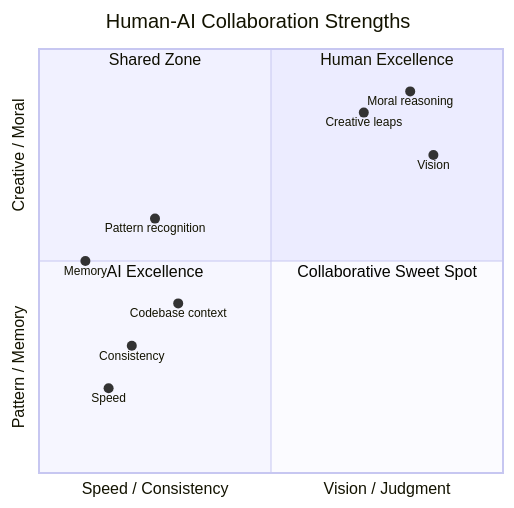
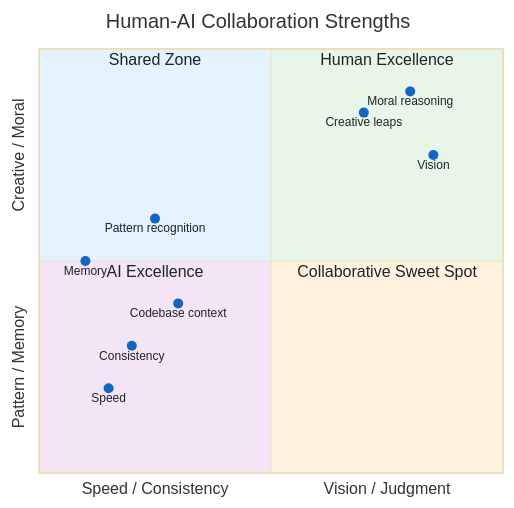
One commit to fabioc-aloha/Alex_Plug_In changed diagram 11 of 17 in alex_docs/AI-ASSISTED-DEVELOPMENT-METHODOLOGY.md. Above: the diagram before and after it, drawn with Mermaid. The commit also changed other lines of this file, not shown here.

First line of the commit message:
style: polish Mermaid diagrams with GitHub-compatible color scheme

````diff
--- a/alex_docs/AI-ASSISTED-DEVELOPMENT-METHODOLOGY.md
+++ b/alex_docs/AI-ASSISTED-DEVELOPMENT-METHODOLOGY.md
@@ -552,18 +553,19 @@
 ```mermaid
+%%{init: {'theme': 'base', 'themeVariables': { 'quadrant1Fill': '#e8f5e9', 'quadrant2Fill': '#e3f2fd', 'quadrant3Fill': '#f3e5f5', 'quadrant4Fill': '#fff3e0', 'quadrant1TextFill': '#1f2328', 'quadrant2TextFill': '#1f2328', 'quadrant3TextFill': '#1f2328', 'quadrant4TextFill': '#1f2328', 'quadrantPointFill': '#1565c0', 'quadrantPointTextFill': '#1f2328'}}}%%
 quadrantChart
     title Human-AI Collaboration Strengths
     x-axis "Speed / Consistency" --> "Vision / Judgment"
     y-axis "Pattern / Memory" --> "Creative / Moral"
     quadrant-1 "Human Excellence"
     quadrant-2 "Shared Zone"
     quadrant-3 "AI Excellence"
     quadrant-4 "Collaborative Sweet Spot"
     "Vision": [0.85, 0.75]
     "Moral reasoning": [0.80, 0.90]
     "Creative leaps": [0.70, 0.85]
     "Speed": [0.15, 0.20]
     "Consistency": [0.20, 0.30]
     "Pattern recognition": [0.25, 0.60]
     "Memory": [0.10, 0.50]
     "Codebase context": [0.30, 0.40]
 ```
````
